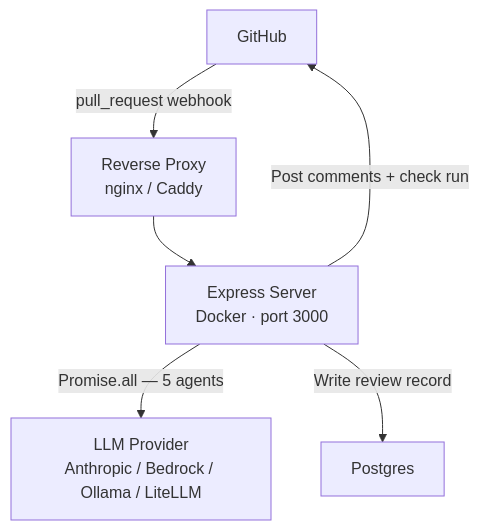
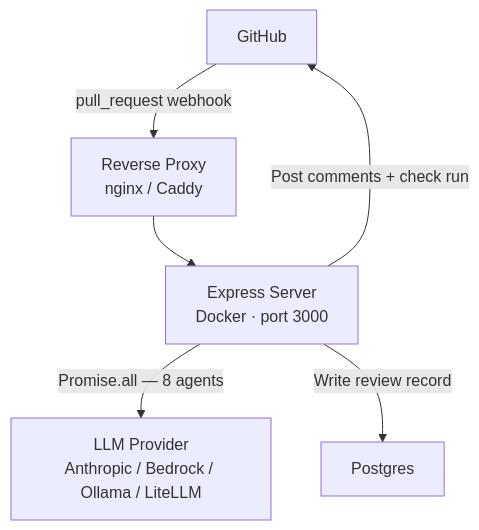
Before and after one commit to santthosh/documentation: the second of 2 diagrams in deployment/architecture.mdx, drawn with Mermaid. The commit also changed other lines of this file and 5 other files, not shown here.

````diff
--- a/deployment/architecture.mdx
+++ b/deployment/architecture.mdx
@@ -57,8 +57,8 @@
 ```mermaid
 graph TD
     A[GitHub] -->|pull_request webhook| B[Reverse Proxy<br/>nginx / Caddy]
     B --> C[Express Server<br/>Docker · port 3000]
-    C -->|Promise.all — 5 agents| D[LLM Provider<br/>Anthropic / Bedrock / Ollama / LiteLLM]
+    C -->|Promise.all — 8 agents| D[LLM Provider<br/>Anthropic / Bedrock / Ollama / LiteLLM]
     C -->|Write review record| E[Postgres]
     C -->|Post comments + check run| A
 ```
````
